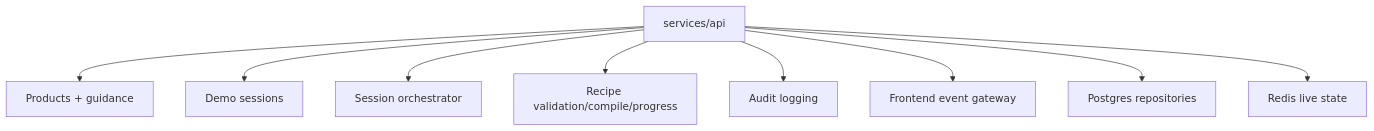
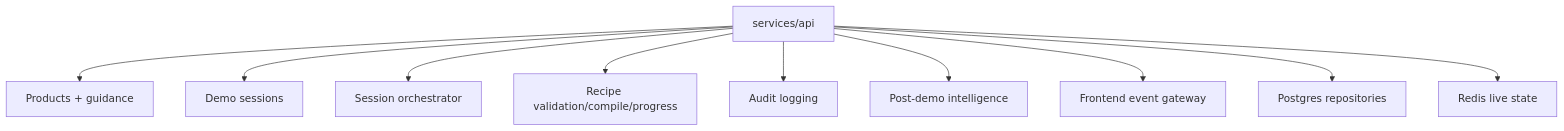
Before and after one commit to roshaninfordham/personalised-demo-ai-agent: the first of 6 diagrams in services/api/README.md, drawn with Mermaid. The commit also changed other lines of this file and 3 other files, not shown here.

Commit message:
Document post-demo intelligence architecture

````diff
--- a/services/api/README.md
+++ b/services/api/README.md
@@ -9,21 +9,23 @@
 ```mermaid
 flowchart TB
     API["services/api"]
     Products["Products + guidance"]
     Sessions["Demo sessions"]
     Orchestrator["Session orchestrator"]
     Recipes["Recipe validation/compile/progress"]
     Audit["Audit logging"]
+    PostDemo["Post-demo intelligence"]
     Events["Frontend event gateway"]
     Repos["Postgres repositories"]
     Redis["Redis live state"]
 
     API --> Products
     API --> Sessions
     API --> Orchestrator
     API --> Recipes
     API --> Audit
+    API --> PostDemo
     API --> Events
     API --> Repos
     API --> Redis
 ```
````
